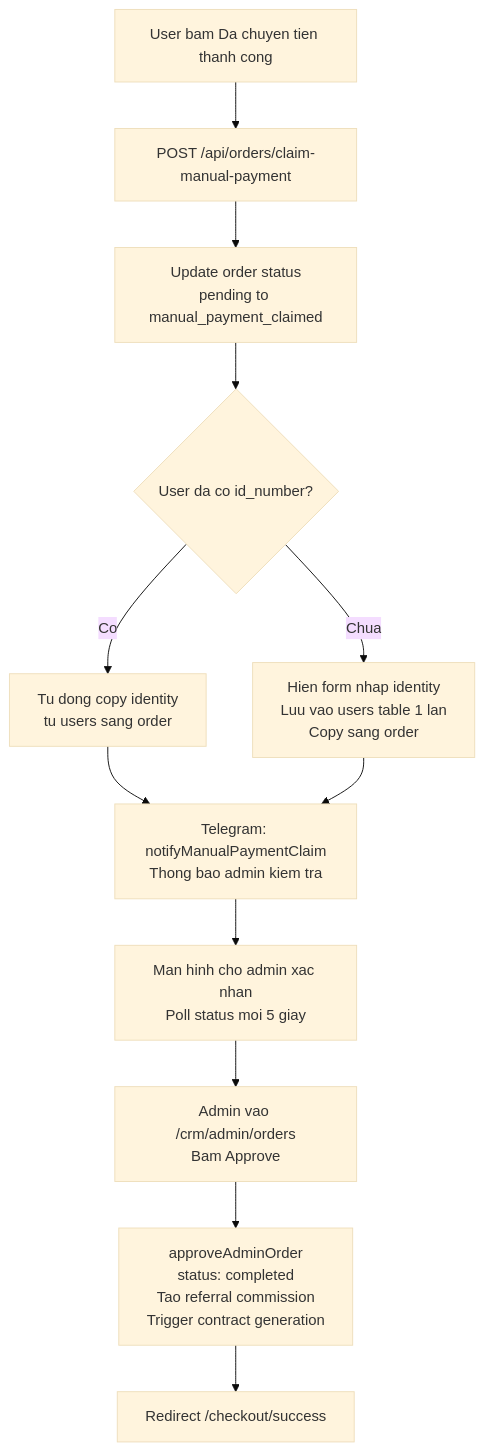
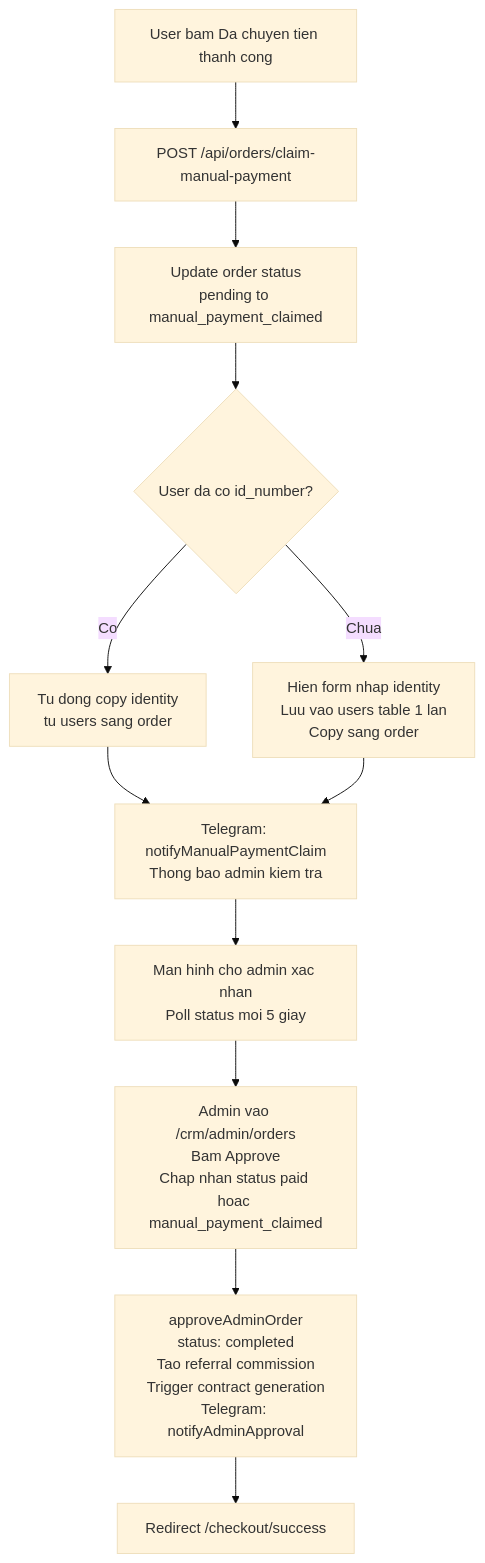
One commit to deptrai/dainganxanh changed the third of 9 diagrams in docs/userflow.md. Above: the diagram before and after it, drawn with Mermaid (base theme). The commit also changed other lines of this file and 4 other files, not shown here.

First line of the commit message:
test: update unit tests and docs for withdrawal flow changes

````diff
--- a/docs/userflow.md
+++ b/docs/userflow.md
@@ -124,19 +124,19 @@
 ```mermaid
 flowchart TD
     UserClaim[User bam Da chuyen tien thanh cong] --> ClaimAPI[POST /api/orders/claim-manual-payment]
     ClaimAPI --> UpdateStatus[Update order status<br>pending to manual_payment_claimed]
     UpdateStatus --> AutoFillIdentity{User da co id_number?}
 
     AutoFillIdentity -->|Co| CopyToOrder[Tu dong copy identity<br>tu users sang order]
     CopyToOrder --> TelegramNotify
     AutoFillIdentity -->|Chua| ShowForm[Hien form nhap identity<br>Luu vao users table 1 lan<br>Copy sang order]
     ShowForm --> TelegramNotify
 
     TelegramNotify[Telegram: notifyManualPaymentClaim<br>Thong bao admin kiem tra]
 
     TelegramNotify --> WaitingScreen[Man hinh cho admin xac nhan<br>Poll status moi 5 giay]
 
-    WaitingScreen --> AdminApprove[Admin vao /crm/admin/orders<br>Bam Approve]
-    AdminApprove --> CompleteOrder[approveAdminOrder<br>status: completed<br>Tao referral commission<br>Trigger contract generation]
+    WaitingScreen --> AdminApprove[Admin vao /crm/admin/orders<br>Bam Approve<br>Chap nhan status paid hoac manual_payment_claimed]
+    AdminApprove --> CompleteOrder[approveAdminOrder<br>status: completed<br>Tao referral commission<br>Trigger contract generation<br>Telegram: notifyAdminApproval]
     CompleteOrder --> RedirectSuccess[Redirect /checkout/success]
 ```
````
